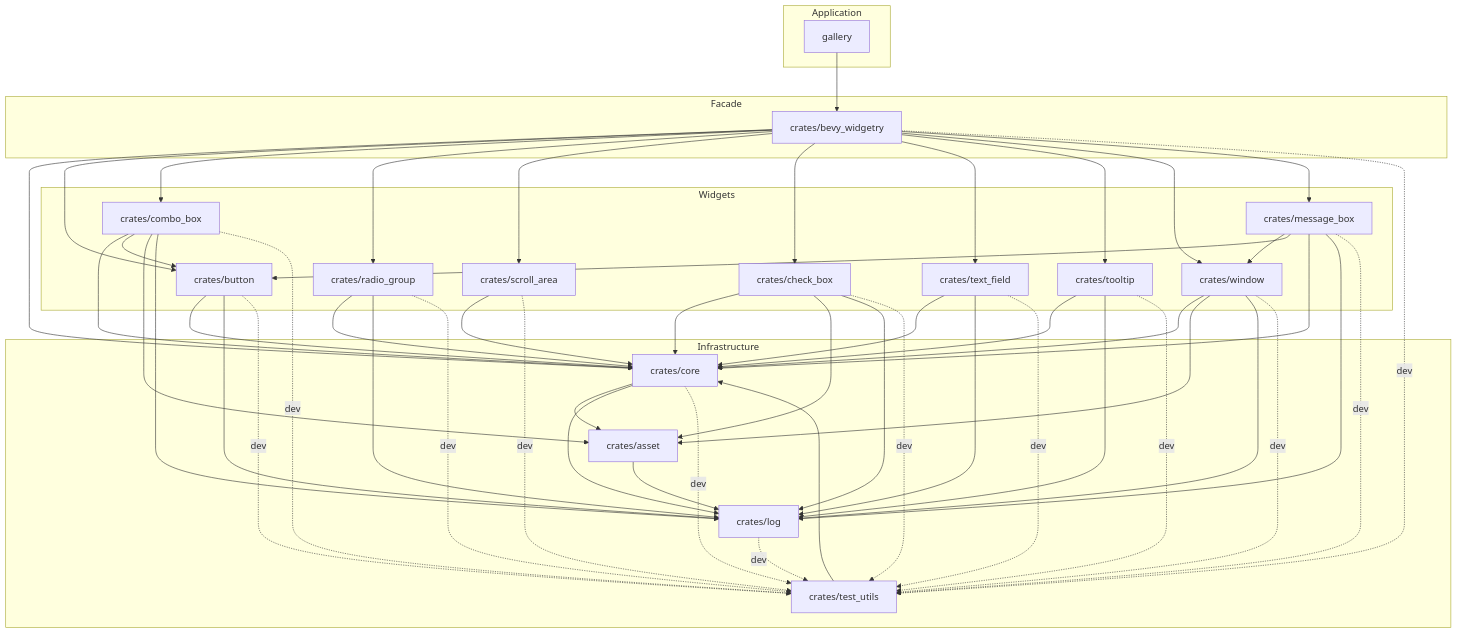
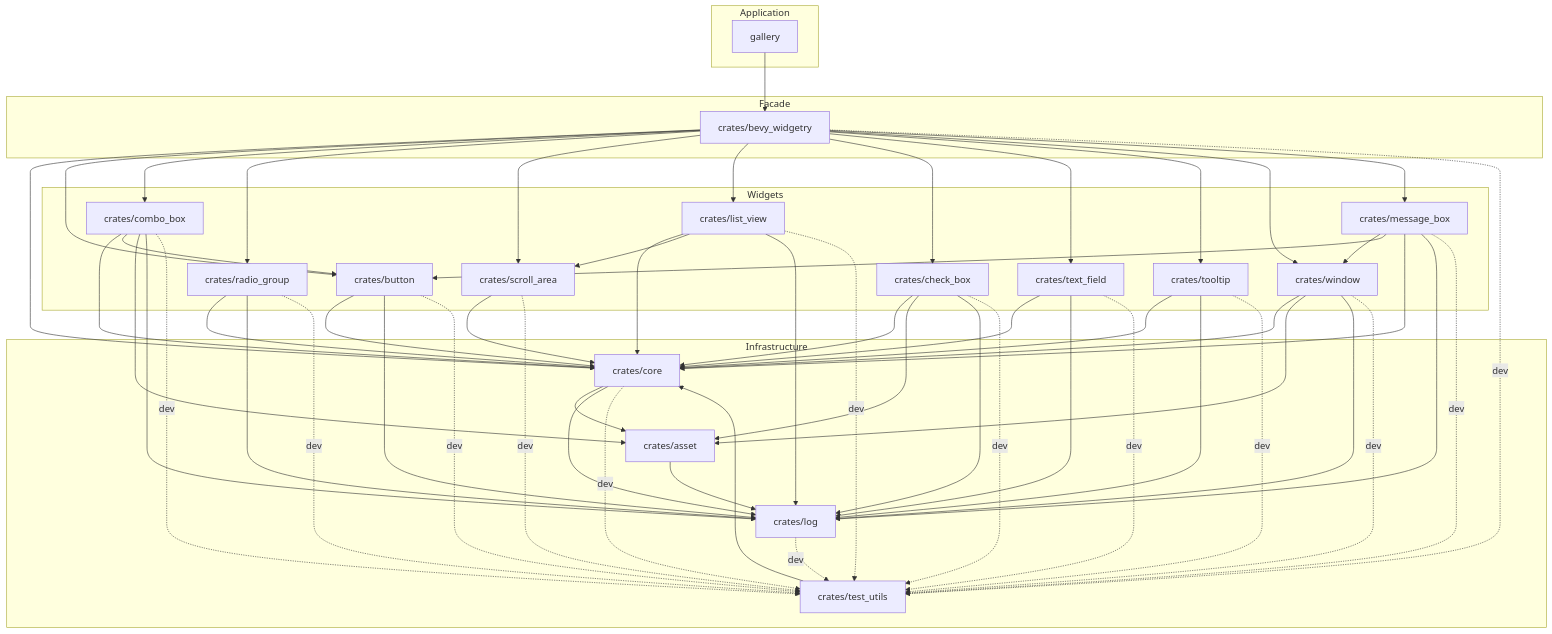
The diagram in docs/architecture.md (slc90/bevy_widgetry), drawn with Mermaid before and after one commit. The commit also changed other lines of this file and 11 other files, not shown here.

First line of the commit message:
建立 ListView 数据模型与公共类型

```diff
--- a/docs/architecture.md
+++ b/docs/architecture.md
@@ -160,6 +167,7 @@
         combo_box["crates/combo_box"]
         radio_group["crates/radio_group"]
         scroll_area["crates/scroll_area"]
+        list_view["crates/list_view"]
         check_box["crates/check_box"]
         text_field["crates/text_field"]
         tooltip["crates/tooltip"]
@@ -181,6 +189,7 @@
     widgetry --> combo_box
     widgetry --> radio_group
     widgetry --> scroll_area
+    widgetry --> list_view
     widgetry --> check_box
     widgetry --> text_field
     widgetry --> tooltip
@@ -200,6 +209,10 @@
     radio_group --> log
     scroll_area --> core
     scroll_area -. dev .-> test_utils
+    list_view --> core
+    list_view --> scroll_area
+    list_view --> log
+    list_view -. dev .-> test_utils
     check_box --> core
     check_box --> asset
     check_box --> log
```
